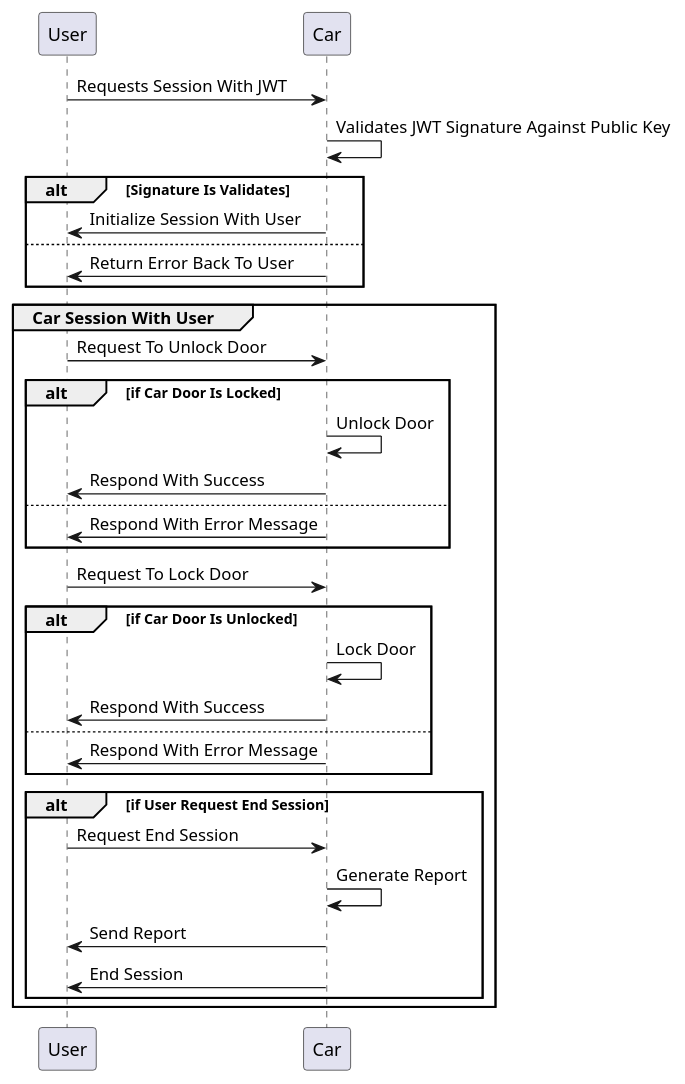
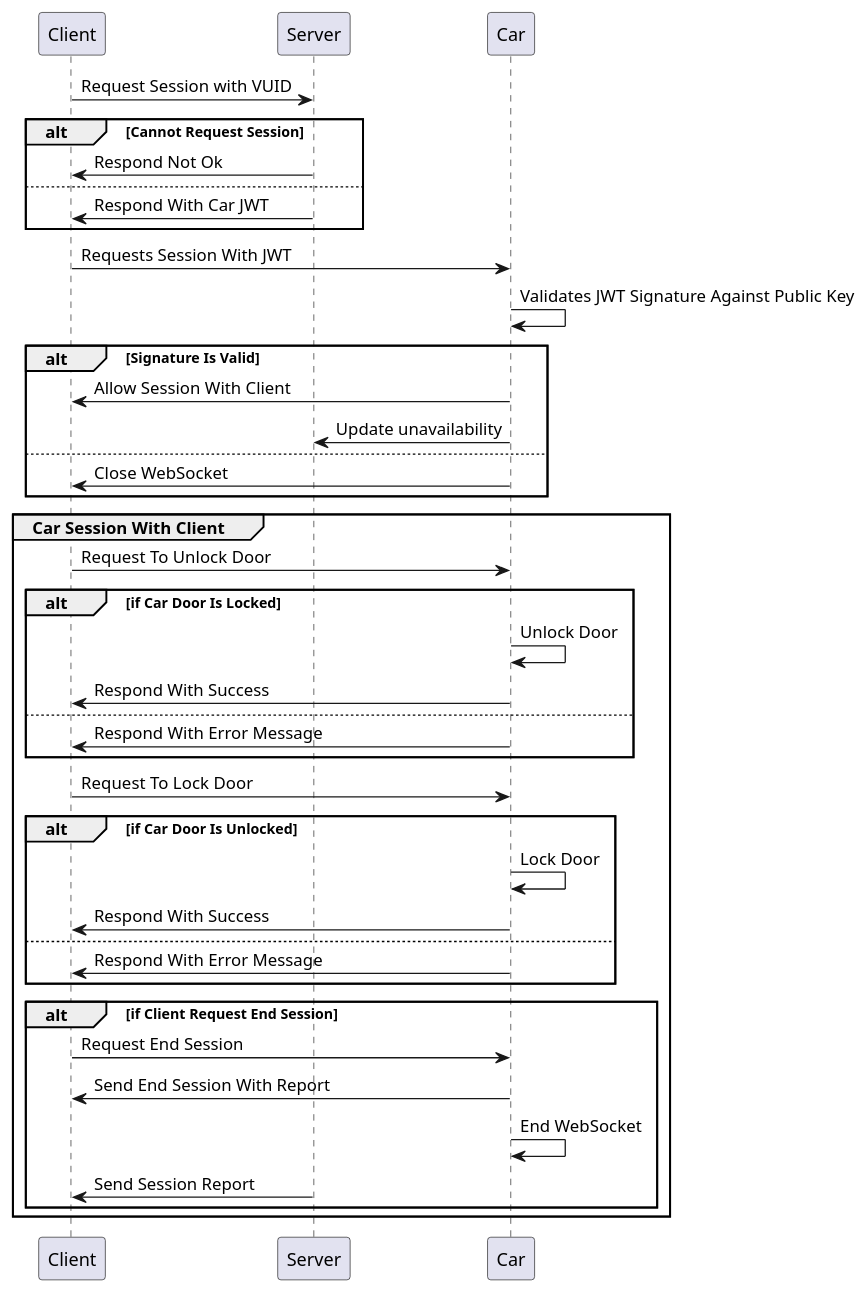
Before and after one commit to ATU-RDuarte/CSD_Project: the diagram in docs/hld/UserToCarSequenceDiagram.puml, drawn with PlantUML. The commit also changed 17 other files, not shown here.

```diff
--- a/docs/hld/UserToCarSequenceDiagram.puml
+++ b/docs/hld/UserToCarSequenceDiagram.puml
@@ -1,35 +1,43 @@
 @startuml
+Client -> Server : Request Session with VUID
 
-User -> Car: Requests Session With JWT
+alt Cannot Request Session
+    Server -> Client : Respond Not Ok
+else
+    Server -> Client : Respond With Car JWT
+end
+Client -> Car: Requests Session With JWT
 Car -> Car: Validates JWT Signature Against Public Key
-alt Signature Is Validates
-    Car -> User : Initialize Session With User
+
+alt Signature Is Valid
+    Car -> Client : Allow Session With Client
+    Car -> Server : Update unavailability
 else
-    Car -> User : Return Error Back To User
+    Car -> Client : Close WebSocket
 end
 
-group Car Session With User
-   User -> Car : Request To Unlock Door
+group Car Session With Client
+   Client -> Car : Request To Unlock Door
    alt if Car Door Is Locked
         Car -> Car : Unlock Door
-        Car -> User : Respond With Success
+        Car -> Client : Respond With Success
    else
-        Car -> User : Respond With Error Message
+        Car -> Client : Respond With Error Message
    end
-  User -> Car : Request To Lock Door
+  Client -> Car : Request To Lock Door
   alt if Car Door Is Unlocked
        Car -> Car : Lock Door
-       Car -> User : Respond With Success
+       Car -> Client : Respond With Success
   else
-       Car -> User : Respond With Error Message
+       Car -> Client : Respond With Error Message
   end
 
-  alt if User Request End Session
-    User -> Car : Request End Session
-    Car -> Car : Generate Report
-    Car -> User : Send Report
-    Car -> User: End Session
+  alt if Client Request End Session
+    Client -> Car : Request End Session
+    Car -> Client : Send End Session With Report
+    Car -> Car: End WebSocket
+    Server -> Client : Send Session Report
   end
 end
 
 @enduml
```
